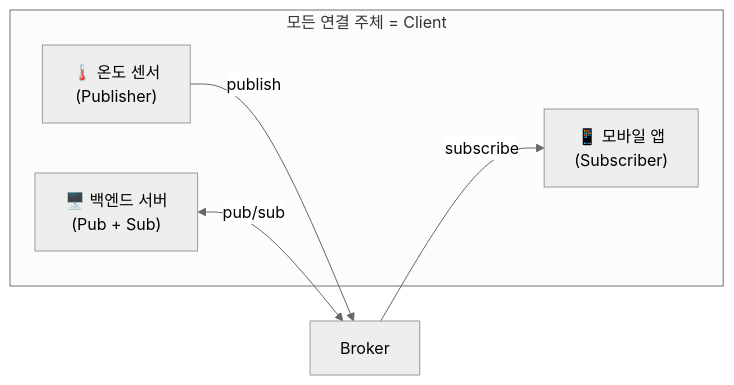
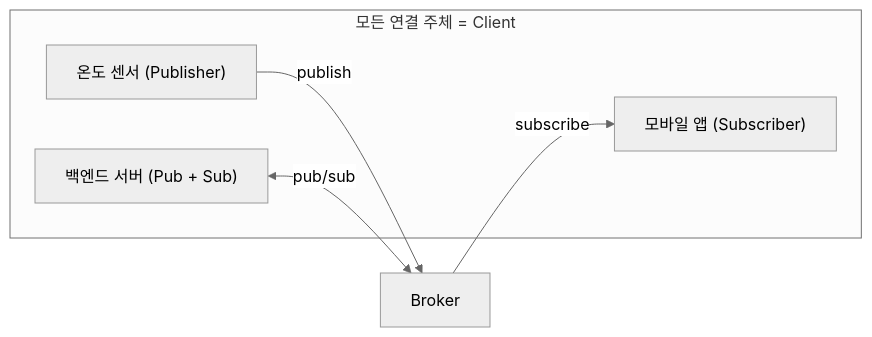
The second of 5 diagrams in contents/database/mqtt-v5-완벽-가이드-1-입문과-기본-아키텍처/index.md (kenshin579/blog-v2.advenoh.pe.kr), drawn with Mermaid (neutral theme) before and after one commit. The commit also changed other lines of this file and 47 other files, not shown here.

````diff
--- a/contents/database/mqtt-v5-완벽-가이드-1-입문과-기본-아키텍처/index.md
+++ b/contents/database/mqtt-v5-완벽-가이드-1-입문과-기본-아키텍처/index.md
@@ -143,12 +129,12 @@
 ```mermaid
 flowchart LR
     subgraph Clients["모든 연결 주체 = Client"]
-        A["📱 모바일 앱<br/>(Subscriber)"]
-        B["🌡️ 온도 센서<br/>(Publisher)"]
-        D["🖥️ 백엔드 서버<br/>(Pub + Sub)"]
+        A["모바일 앱 (Subscriber)"]
+        B["온도 센서 (Publisher)"]
+        D["백엔드 서버 (Pub + Sub)"]
     end
 
     Broker -->|subscribe| A
     B -->|publish| Broker
     D <-->|pub/sub| Broker
 ```
````
